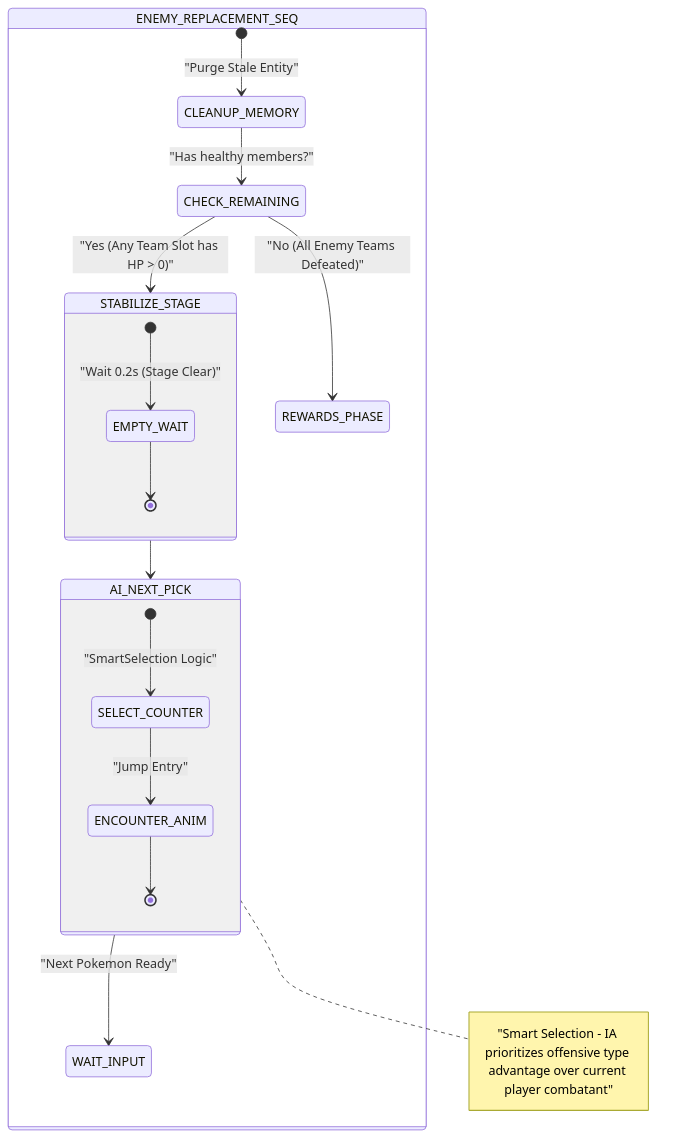
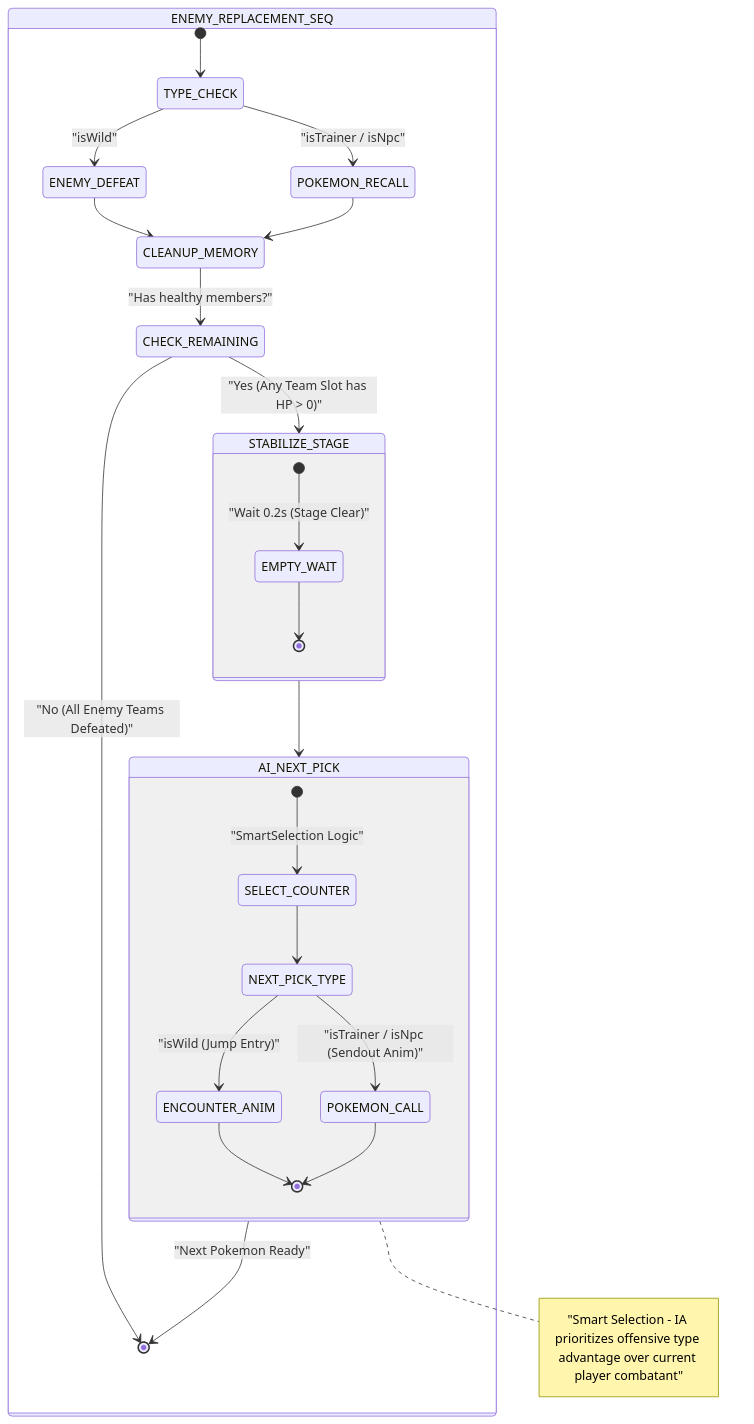
One commit to Darkham77/PokeBorrador changed the ninth of 18 diagrams in .agents/skills/project-standards/references/battle/battle_mechanics_manual.md. Above: the diagram before and after it, drawn with Mermaid. The commit also changed other lines of this file and 3049 other files, not shown here.

First line of the commit message:
feat(battle): resolve animation cut-offs and fix enemy trainer HUD sync

````diff
--- a/.agents/skills/project-standards/references/battle/battle_mechanics_manual.md
+++ b/.agents/skills/project-standards/references/battle/battle_mechanics_manual.md
@@ -588,28 +586,41 @@
 ```mermaid
 stateDiagram-v2
     state ENEMY_REPLACEMENT_SEQ {
-        [*] --> CLEANUP_MEMORY: "Purge Stale Entity"
+        [*] --> TYPE_CHECK
+        state TYPE_CHECK <<choice>>
+        TYPE_CHECK --> ENEMY_DEFEAT : "isWild"
+        TYPE_CHECK --> POKEMON_RECALL : "isTrainer / isNpc"
+
+        ENEMY_DEFEAT --> CLEANUP_MEMORY
+        POKEMON_RECALL --> CLEANUP_MEMORY
+
         CLEANUP_MEMORY --> CHECK_REMAINING: "Has healthy members?"
-        
+
         state CHECK_REMAINING <<choice>>
         CHECK_REMAINING --> STABILIZE_STAGE: "Yes (Any Team Slot has HP > 0)"
-        CHECK_REMAINING --> REWARDS_PHASE: "No (All Enemy Teams Defeated)"
-        
+        CHECK_REMAINING --> [*]: "No (All Enemy Teams Defeated)"
+
         state STABILIZE_STAGE {
             [*] --> EMPTY_WAIT: "Wait 0.2s (Stage Clear)"
             EMPTY_WAIT --> [*]
         }
-        
+
         STABILIZE_STAGE --> AI_NEXT_PICK
-        
+
         state AI_NEXT_PICK {
             [*] --> SELECT_COUNTER: "SmartSelection Logic"
-            SELECT_COUNTER --> ENCOUNTER_ANIM : "Jump Entry"
+            SELECT_COUNTER --> NEXT_PICK_TYPE
+
+            state NEXT_PICK_TYPE <<choice>>
+            NEXT_PICK_TYPE --> ENCOUNTER_ANIM : "isWild (Jump Entry)"
+            NEXT_PICK_TYPE --> POKEMON_CALL : "isTrainer / isNpc (Sendout Anim)"
+
             ENCOUNTER_ANIM --> [*]
+            POKEMON_CALL --> [*]
         }
-        
-        AI_NEXT_PICK --> WAIT_INPUT: "Next Pokemon Ready"
+
+        AI_NEXT_PICK --> [*]: "Next Pokemon Ready"
     }
-    
+
     note right of AI_NEXT_PICK : "Smart Selection - IA prioritizes offensive type advantage over current player combatant"
 ```
````
